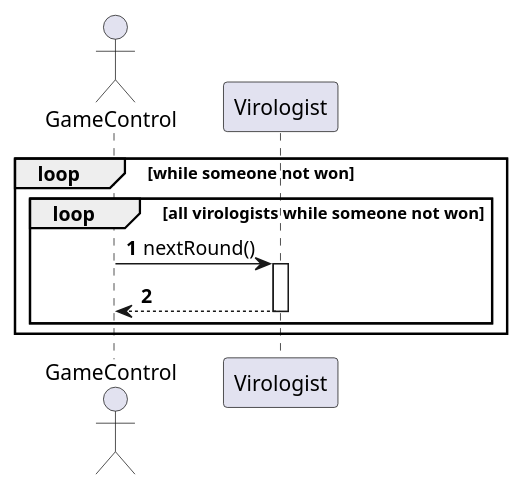
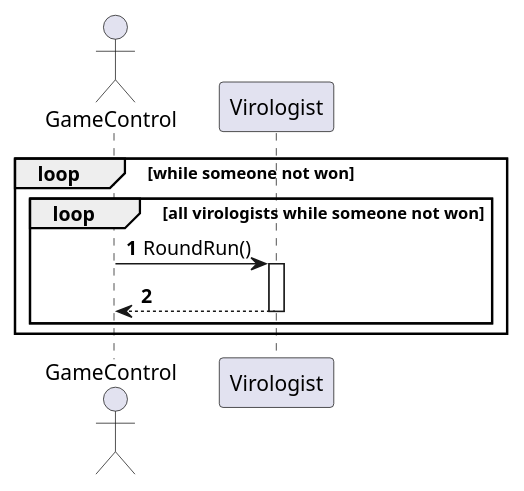
The diagram in sequence-diagram/GameFlow.puml (Projlab-csb/projlab-virologus), drawn with PlantUML before and after one commit. The commit also changed 3 other files, not shown here.

Commit message:
edit sequences

```diff
--- a/sequence-diagram/GameFlow.puml
+++ b/sequence-diagram/GameFlow.puml
@@ -3,18 +3,17 @@
 @startuml
 'https://plantuml.com/sequence-diagram
 
 autonumber
 
 actor GameControl
 loop while someone not won
     loop all virologists while someone not won
-        GameControl -> Virologist: nextRound()
+        GameControl -> Virologist: RoundRun()
         Activate Virologist
+
         Virologist-->GameControl
         Deactivate Virologist
-
-
     end
 end
 
 @enduml
```
